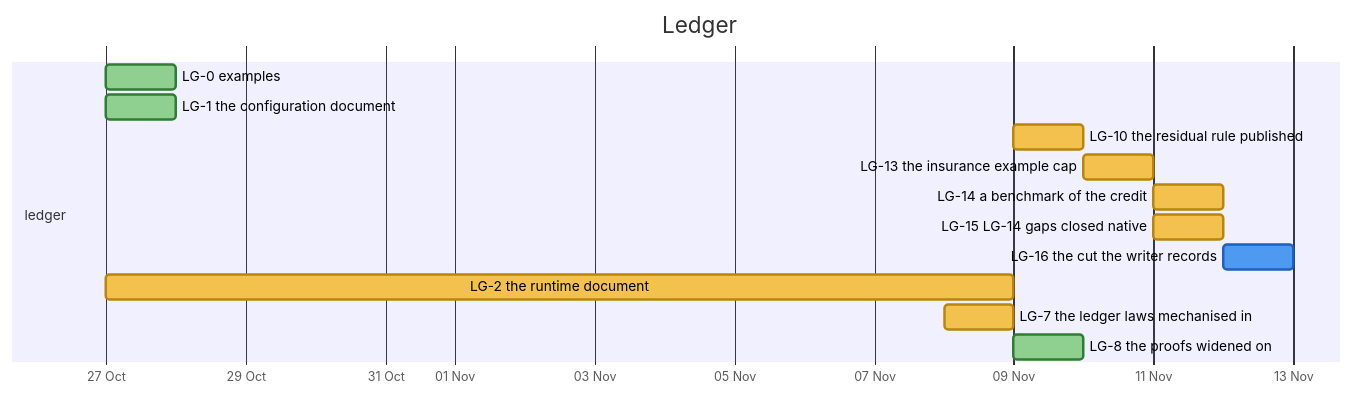
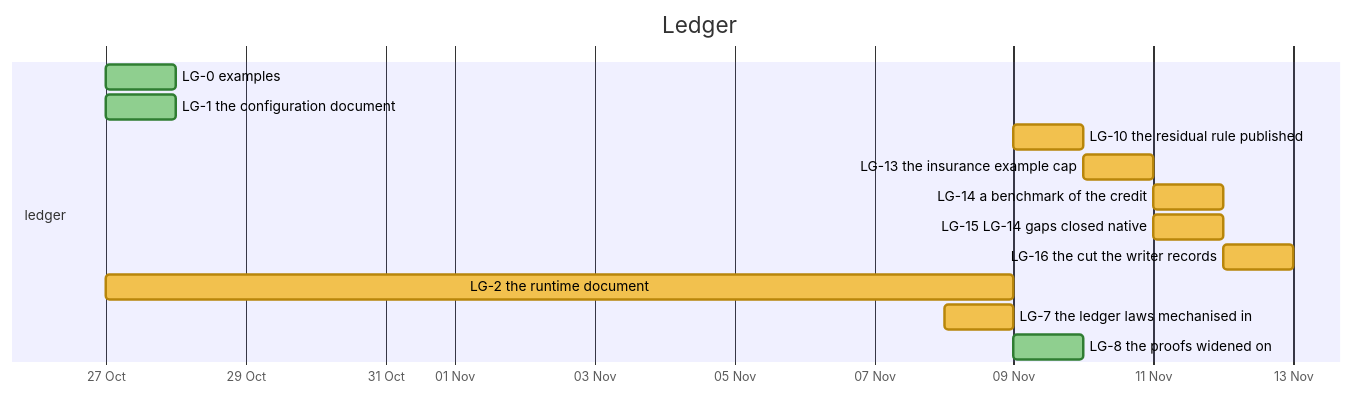
The tenth of 31 diagrams in docs/developer/ROADMAP.md (nebularis/lattice), drawn with Mermaid before and after one commit. The commit also changed other lines of this file and 8 other files, not shown here.

First line of the commit message:
[ledger] LG-16 built: the cut the writer records, measured in the credit kinds benchmark

````diff
--- a/docs/developer/ROADMAP.md
+++ b/docs/developer/ROADMAP.md
@@ -334,18 +334,18 @@
 ```mermaid
 %%{init: {"themeVariables": {"taskBkgColor": "#f2c14e", "taskBorderColor": "#b8860b", "taskTextColor": "#000000", "activeTaskBkgColor": "#4e9af1", "activeTaskBorderColor": "#1f5fbf", "activeTaskBorderColor": "#1f5fbf", "doneTaskBkgColor": "#8fcf8f", "doneTaskBorderColor": "#2f7d32", "critBkgColor": "#f28b82", "critBorderColor": "#b23a30", "taskTextDarkColor": "#000000", "taskTextLightColor": "#000000"}}}%%
 gantt
     title Ledger
     dateFormat YYYY-MM-DD
     axisFormat %d %b
     section ledger
     LG-0 examples :done, lg0, 2026-10-27, 2026-10-28
     LG-1 the configuration document :done, lg1, 2026-10-27, 2026-10-28
     LG-10 the residual rule published :lg10, 2026-11-09, 2026-11-10
     LG-13 the insurance example cap :lg13, 2026-11-10, 2026-11-11
     LG-14 a benchmark of the credit :lg14, 2026-11-11, 2026-11-12
     LG-15 LG-14 gaps closed native :lg15, 2026-11-11, 2026-11-12
-    LG-16 the cut the writer records :active, lg16, 2026-11-12, 2026-11-13
+    LG-16 the cut the writer records :lg16, 2026-11-12, 2026-11-13
     LG-2 the runtime document :lg2, 2026-10-27, 2026-11-09
     LG-7 the ledger laws mechanised in :lg7, 2026-11-08, 2026-11-09
     LG-8 the proofs widened on :done, lg8, 2026-11-09, 2026-11-10
 ```
````
